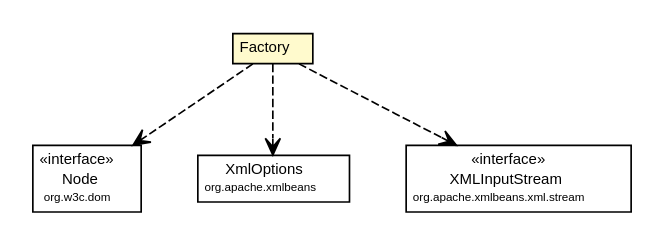
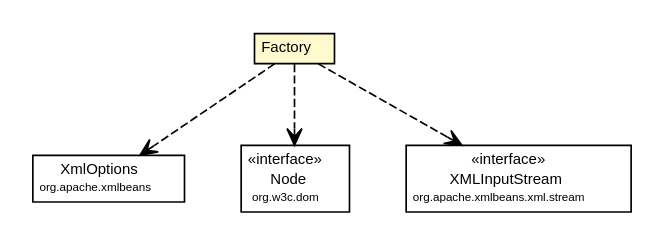
The diagram in site/apidocs/org/synchronoss/cpo/util/cpoUtilConfig/CtDataConfig.Factory.dot (synchronoss/cpo-util), drawn with Graphviz before and after one commit. The commit also changed 306 other files, not shown here.

Commit message:
Creating site for cpoUtil, 5.1.1-SNAPSHOT

```diff
--- a/site/apidocs/org/synchronoss/cpo/util/cpoUtilConfig/CtDataConfig.Factory.dot
+++ b/site/apidocs/org/synchronoss/cpo/util/cpoUtilConfig/CtDataConfig.Factory.dot
@@ -1,45 +1,45 @@
 #!/usr/local/bin/dot
 #
 # Class diagram 
 # Generated by UmlGraph version 4.6 (http://www.spinellis.gr/sw/umlgraph)
 #
 
 digraph G {
 	edge [fontname="Helvetica",fontsize=10,labelfontname="Helvetica",labelfontsize=10];
 	node [fontname="Helvetica",fontsize=10,shape=plaintext];
 	// org.synchronoss.cpo.util.cpoUtilConfig.CtDataConfig.Factory
 	c4689 [label=<<table border="0" cellborder="1" cellspacing="0" cellpadding="2" port="p" bgcolor="lemonChiffon" href="./CtDataConfig.Factory.html">
 		<tr><td><table border="0" cellspacing="0" cellpadding="1">
 			<tr><td> Factory </td></tr>
 		</table></td></tr>
 		</table>>, fontname="Helvetica", fontcolor="black", fontsize=9.0];
+	// org.synchronoss.cpo.util.cpoUtilConfig.CtDataConfig.Factory DEPEND org.apache.xmlbeans.XmlOptions
+	c4689:p -> c4708:p [taillabel="", label="", headlabel="", fontname="Helvetica", fontcolor="black", fontsize=10.0, color="black", arrowhead=open, style=dashed];
 	// org.synchronoss.cpo.util.cpoUtilConfig.CtDataConfig.Factory DEPEND org.w3c.dom.Node
-	c4689:p -> c4706:p [taillabel="", label="", headlabel="", fontname="Helvetica", fontcolor="black", fontsize=10.0, color="black", arrowhead=open, style=dashed];
-	// org.synchronoss.cpo.util.cpoUtilConfig.CtDataConfig.Factory DEPEND org.apache.xmlbeans.XmlOptions
 	c4689:p -> c4709:p [taillabel="", label="", headlabel="", fontname="Helvetica", fontcolor="black", fontsize=10.0, color="black", arrowhead=open, style=dashed];
 	// org.synchronoss.cpo.util.cpoUtilConfig.CtDataConfig.Factory DEPEND org.apache.xmlbeans.xml.stream.XMLInputStream
 	c4689:p -> c4710:p [taillabel="", label="", headlabel="", fontname="Helvetica", fontcolor="black", fontsize=10.0, color="black", arrowhead=open, style=dashed];
 	// org.apache.xmlbeans.xml.stream.XMLInputStream
 	c4710 [label=<<table border="0" cellborder="1" cellspacing="0" cellpadding="2" port="p" href="http://java.sun.com/j2se/1.4.2/docs/api/org/apache/xmlbeans/xml/stream/XMLInputStream.html">
 		<tr><td><table border="0" cellspacing="0" cellpadding="1">
 			<tr><td> &laquo;interface&raquo; </td></tr>
 			<tr><td> XMLInputStream </td></tr>
 			<tr><td><font point-size="7.0"> org.apache.xmlbeans.xml.stream </font></td></tr>
 		</table></td></tr>
 		</table>>, fontname="Helvetica", fontcolor="black", fontsize=9.0];
 	// org.w3c.dom.Node
-	c4706 [label=<<table border="0" cellborder="1" cellspacing="0" cellpadding="2" port="p" href="http://java.sun.com/j2se/1.4.2/docs/api/org/w3c/dom/Node.html">
+	c4709 [label=<<table border="0" cellborder="1" cellspacing="0" cellpadding="2" port="p" href="http://java.sun.com/j2se/1.4.2/docs/api/org/w3c/dom/Node.html">
 		<tr><td><table border="0" cellspacing="0" cellpadding="1">
 			<tr><td> &laquo;interface&raquo; </td></tr>
 			<tr><td> Node </td></tr>
 			<tr><td><font point-size="7.0"> org.w3c.dom </font></td></tr>
 		</table></td></tr>
 		</table>>, fontname="Helvetica", fontcolor="black", fontsize=9.0];
 	// org.apache.xmlbeans.XmlOptions
-	c4709 [label=<<table border="0" cellborder="1" cellspacing="0" cellpadding="2" port="p" href="http://java.sun.com/j2se/1.4.2/docs/api/org/apache/xmlbeans/XmlOptions.html">
+	c4708 [label=<<table border="0" cellborder="1" cellspacing="0" cellpadding="2" port="p" href="http://java.sun.com/j2se/1.4.2/docs/api/org/apache/xmlbeans/XmlOptions.html">
 		<tr><td><table border="0" cellspacing="0" cellpadding="1">
 			<tr><td> XmlOptions </td></tr>
 			<tr><td><font point-size="7.0"> org.apache.xmlbeans </font></td></tr>
 		</table></td></tr>
 		</table>>, fontname="Helvetica", fontcolor="black", fontsize=9.0];
 }
```
